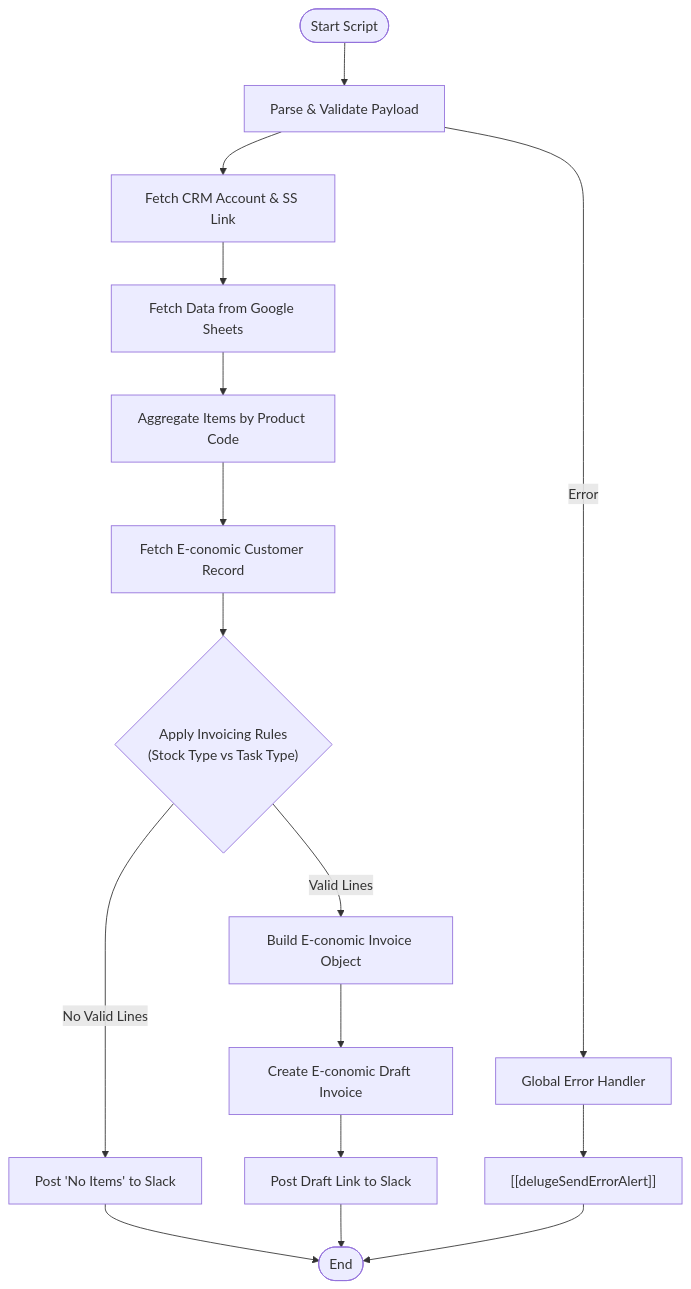
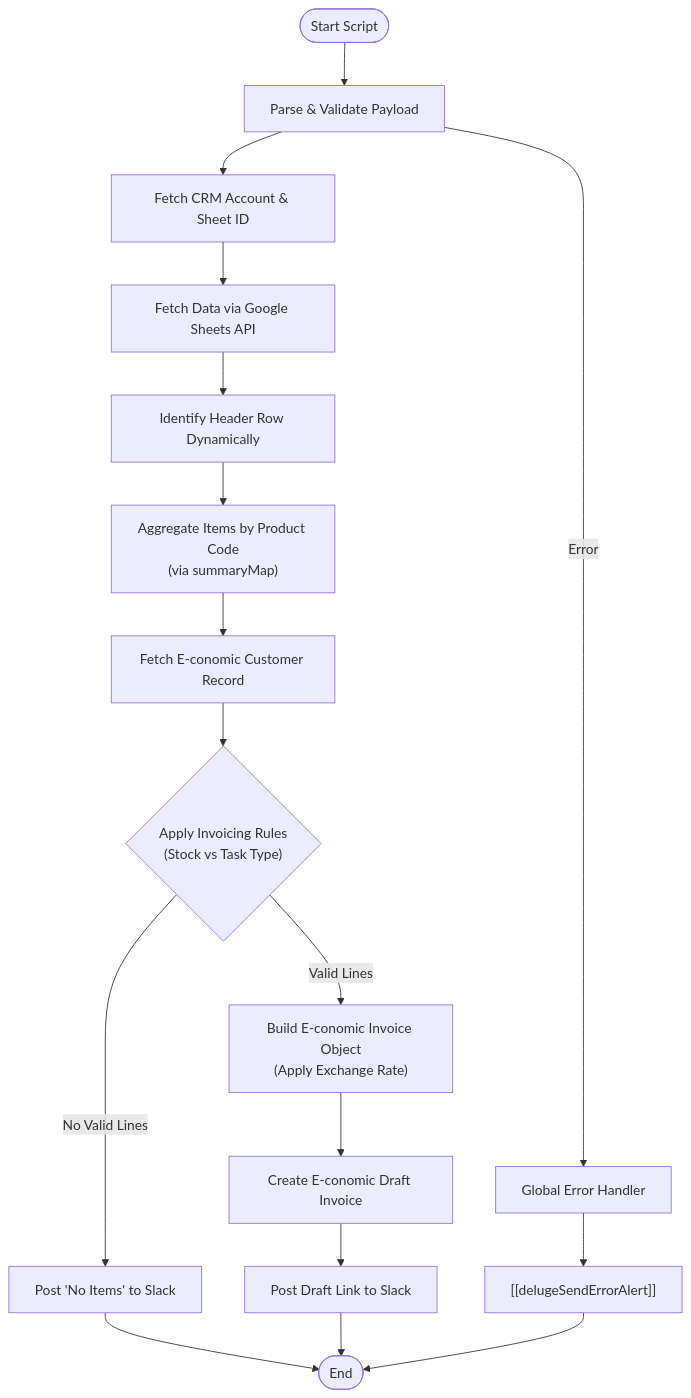
The diagram in Revenue and Finance/Invoicing Automation/Draft Invoicing Handler/delugeProcessRenewalsOrNewSalesForInvoicingV2.md (martinkp93/zoho-scripts), drawn with Mermaid before and after one commit. The commit also changed other lines of this file, not shown here.

Commit message:
Update delugeProcessRenewalsOrNewSalesForInvoicingV2.md docs via DeluluDocu

````diff
--- a/Revenue and Finance/Invoicing Automation/Draft Invoicing Handler/delugeProcessRenewalsOrNewSalesForInvoicingV2.md
+++ b/Revenue and Finance/Invoicing Automation/Draft Invoicing Handler/delugeProcessRenewalsOrNewSalesForInvoicingV2.md
@@ -36,22 +36,23 @@
 ```mermaid
 graph TD
     Start(["Start Script"]) --> Parse["Parse & Validate Payload"]
-    Parse --> GetCRM["Fetch CRM Account & SS Link"]
-    GetCRM --> FetchSheet["Fetch Data from Google Sheets"]
-    FetchSheet --> Agg["Aggregate Items by Product Code"]
+    Parse --> GetCRM["Fetch CRM Account & Sheet ID"]
+    GetCRM --> FetchSheet["Fetch Data via Google Sheets API"]
+    FetchSheet --> FindHeaders["Identify Header Row Dynamically"]
+    FindHeaders --> Agg["Aggregate Items by Product Code<br/>(via summaryMap)"]
     Agg --> GetEcon["Fetch E-conomic Customer Record"]
-    GetEcon --> Rules{"Apply Invoicing Rules<br/>(Stock Type vs Task Type)"}
+    GetEcon --> Rules{"Apply Invoicing Rules<br/>(Stock vs Task Type)"}
     
-    Rules -- "Valid Lines" --> Build["Build E-conomic Invoice Object"]
+    Rules -- "Valid Lines" --> Build["Build E-conomic Invoice Object<br/>(Apply Exchange Rate)"]
     Rules -- "No Valid Lines" --> SlackEmpty["Post 'No Items' to Slack"]
     
     Build --> CreateDraft["Create E-conomic Draft Invoice"]
     CreateDraft --> SlackSuccess["Post Draft Link to Slack"]
     
     SlackEmpty --> End(["End"])
     SlackSuccess --> End
     
     Parse -- "Error" --> HandleError["Global Error Handler"]
     HandleError --> SlackErr["[[delugeSendErrorAlert]]"]
     SlackErr --> End
 ```
````
